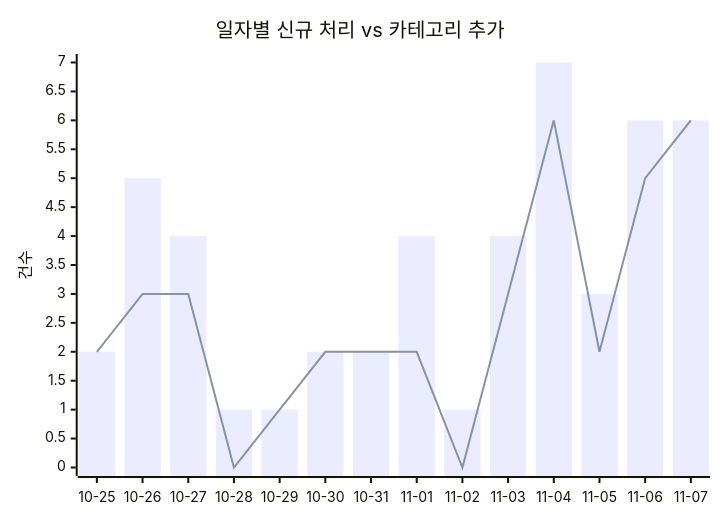
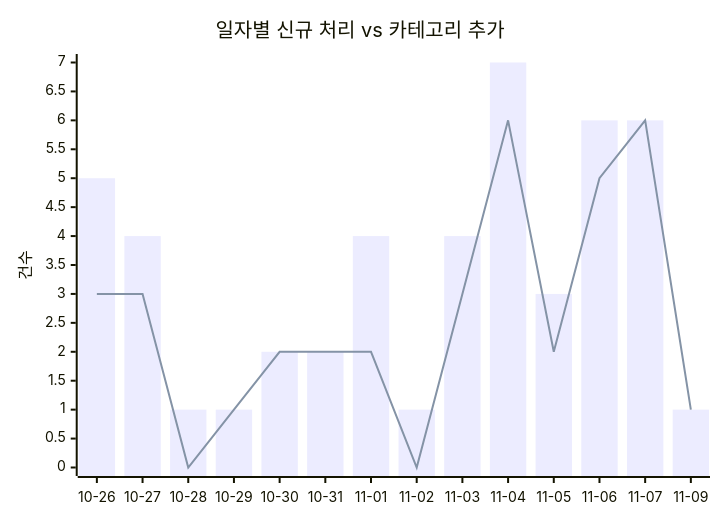
The first of 2 diagrams in docs/trends.md (J-nowcow/awesome-korean-agent-skills), drawn with Mermaid before and after one commit. The commit also changed other lines of this file and 4 other files, not shown here.

````diff
--- a/docs/trends.md
+++ b/docs/trends.md
@@ -32,8 +32,8 @@
 ```mermaid
 xychart-beta
     title "일자별 신규 처리 vs 카테고리 추가"
-    x-axis ["10-25","10-26","10-27","10-28","10-29","10-30","10-31","11-01","11-02","11-03","11-04","11-05","11-06","11-07"]
+    x-axis ["10-26","10-27","10-28","10-29","10-30","10-31","11-01","11-02","11-03","11-04","11-05","11-06","11-07","11-09"]
     y-axis "건수"
-    bar [2,5,4,1,1,2,2,4,1,4,7,3,6,6]
-    line [2,3,3,0,1,2,2,2,0,3,6,2,5,6]
+    bar [5,4,1,1,2,2,4,1,4,7,3,6,6,1]
+    line [3,3,0,1,2,2,2,0,3,6,2,5,6,1]
 ```
````
